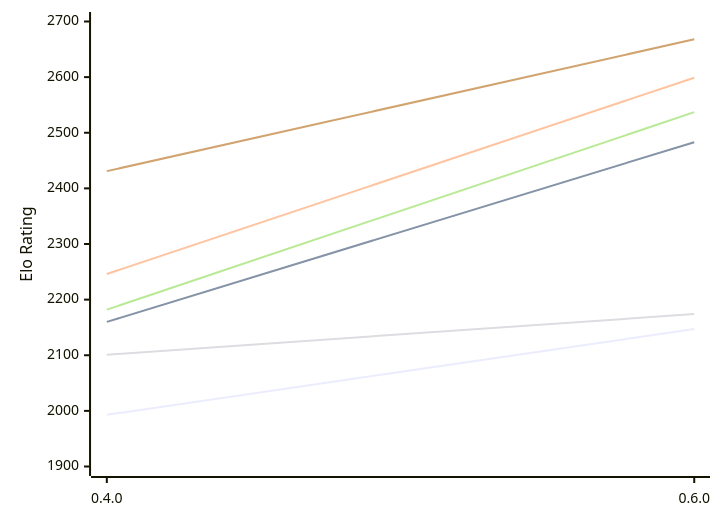
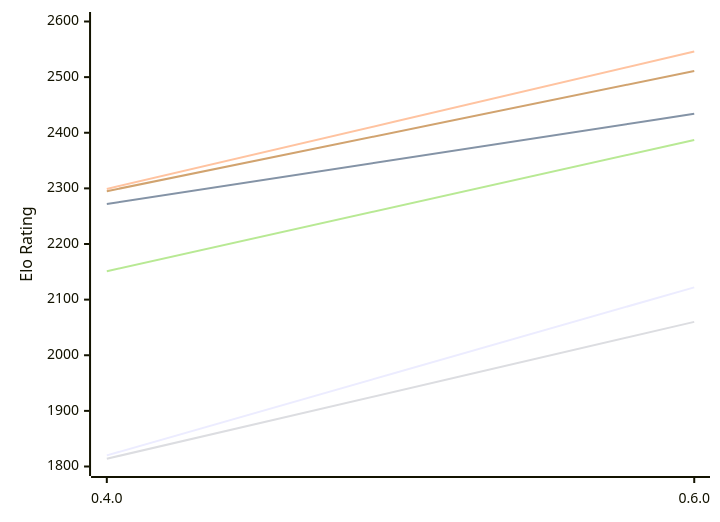
The first of 2 diagrams in engines/Ariadne.md (computer-chess-index/cci), drawn with Mermaid before and after one commit. The commit also changed other lines of this file, not shown here.

Commit message:
Update CCI Ratings (ELO VLTC) - 2026-11-13

````diff
--- a/engines/Ariadne.md
+++ b/engines/Ariadne.md
@@ -50,12 +50,12 @@
 ```mermaid
 %%{init: {"theme":"base","themeVariables":{"seriesColors:['#a3a3a3','#222221','#faa371']}}}%%
 xychart-beta
   x-axis ["0.4.0", "0.6.0"]
-  y-axis "Elo Rating" 1900 --> 2700
-  line "E1: STC (8.0+0.08s)" [1993, 2147]
-  line "E1: LTC (60.0+0.60s)" [2160, 2483]
-  line "E1: VLTC (2m24s+1.12s)" [2246, 2599]
-  line "P1: STC (8.0+0.08s)" [2101, 2174]
-  line "P1: LTC (60.0+0.60s)" [2182, 2537]
-  line "P1: VLTC (2m24s+1.12s)" [2431, 2668]
+  y-axis "Elo Rating" 1800 --> 2600
+  line "E1: STC (8.0+0.08s)" [1820, 2122]
+  line "E1: LTC (60.0+0.60s)" [2272, 2434]
+  line "E1: VLTC (2m24s+1.12s)" [2299, 2546]
+  line "P1: STC (8.0+0.08s)" [1814, 2060]
+  line "P1: LTC (60.0+0.60s)" [2151, 2387]
+  line "P1: VLTC (2m24s+1.12s)" [2295, 2511]
 ```
````
